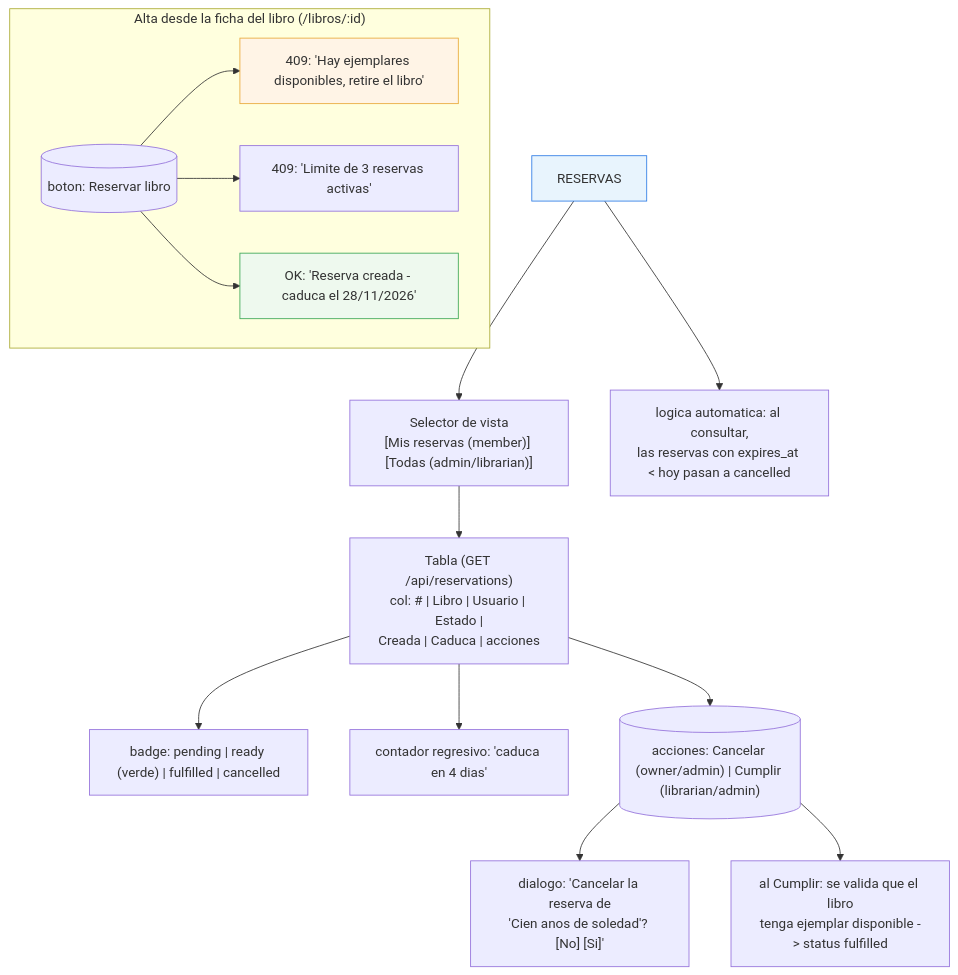
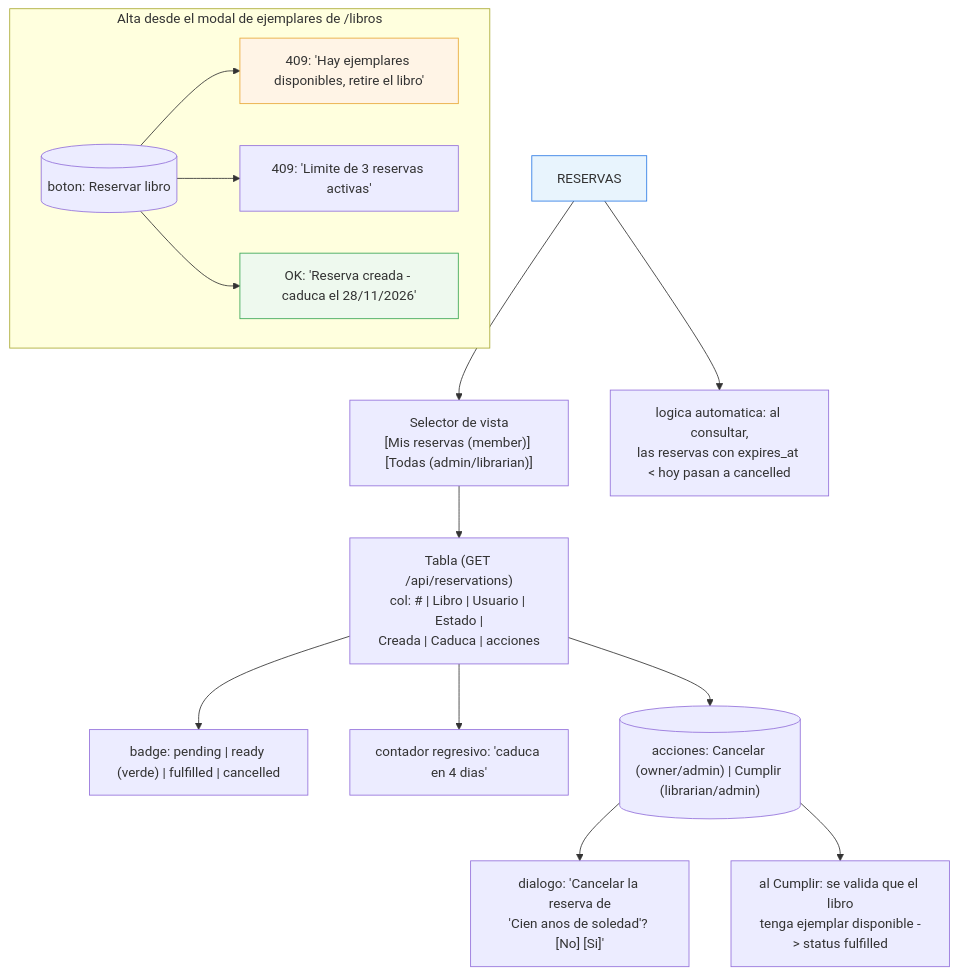
The eighth of 13 diagrams in docs/07-interfaces.md (AngelC00kies/sistema-biblioteca), drawn with Mermaid before and after one commit. The commit also changed other lines of this file and 21 other files, not shown here.

````diff
--- a/docs/07-interfaces.md
+++ b/docs/07-interfaces.md
@@ -251,23 +251,23 @@
 ```mermaid
 graph TD
   RS["RESERVAS"] --> MODO["Selector de vista<br/>[Mis reservas (member)] [Todas (admin/librarian)]"]
   MODO --> TB2["Tabla (GET /api/reservations)<br/>col: # | Libro | Usuario | Estado |<br/>Creada | Caduca | acciones"]
   TB2 --> ES["badge: pending | ready (verde) | fulfilled | cancelled"]
   TB2 --> CNT["contador regresivo: 'caduca en 4 dias'"]
   TB2 --> ACT[("acciones: Cancelar (owner/admin) | Cumplir (librarian/admin)")]
   ACT --> CFX["dialogo: 'Cancelar la reserva de<br/>'Cien anos de soledad'? [No] [Si]'"]
   ACT --> FFX["al Cumplir: se valida que el libro<br/>tenga ejemplar disponible -> status fulfilled"]
 
-  subgraph ALTA["Alta desde la ficha del libro (/libros/:id)"]
+  subgraph ALTA["Alta desde el modal de ejemplares de /libros"]
     BTN[("boton: Reservar libro")]
     BTN --> R409A["409: 'Hay ejemplares disponibles, retire el libro'"]
     BTN --> R409B["409: 'Limite de 3 reservas activas'"]
     BTN --> ROK["OK: 'Reserva creada - caduca el 28/11/2026'"]
   end
 
   RS --> EXP["logica automatica: al consultar,<br/>las reservas con expires_at < hoy pasan a cancelled"]
 
   style RS fill:#e8f4fd,stroke:#2c7be5
   style ROK fill:#eef9ee,stroke:#3aa655
   style R409A fill:#fff4e6,stroke:#e8a838
 ```
````
